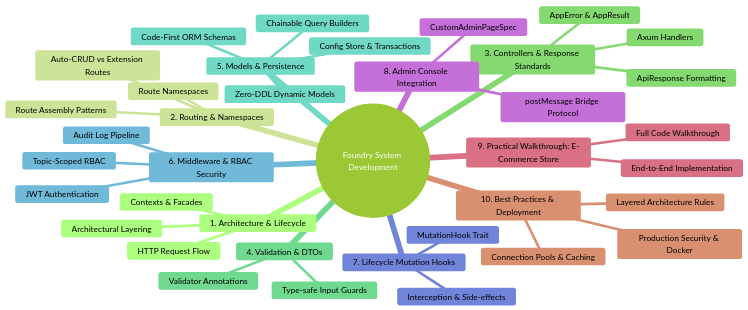
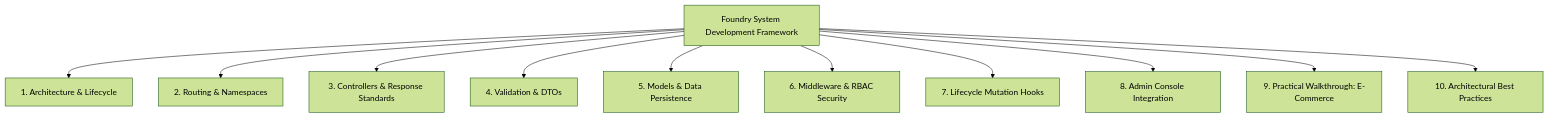
Before and after one commit to FoundKit/foundry: the first of 3 diagrams in docs/src/content/docs/guides/system-development.md, drawn with Mermaid (forest theme). The commit also changed other lines of this file and 22 other files, not shown here.

````diff
--- a/docs/src/content/docs/guides/system-development.md
+++ b/docs/src/content/docs/guides/system-development.md
@@ -16,41 +16,14 @@
 ```mermaid
-mindmap
-  root((Foundry System Development))
-    1. Architecture & Lifecycle
-      Architectural Layering
-      HTTP Request Flow
-      Contexts & Facades
-    2. Routing & Namespaces
-      Route Namespaces
-      Auto-CRUD vs Extension Routes
-      Route Assembly Patterns
-    3. Controllers & Response Standards
-      Axum Handlers
-      ApiResponse Formatting
-      AppError & AppResult
-    4. Validation & DTOs
-      Validator Annotations
-      Type-safe Input Guards
-    5. Models & Persistence
-      Code-First ORM Schemas
-      Chainable Query Builders
-      Zero-DDL Dynamic Models
-      Config Store & Transactions
-    6. Middleware & RBAC Security
-      JWT Authentication
-      Topic-Scoped RBAC
-      Audit Log Pipeline
-    7. Lifecycle Mutation Hooks
-      MutationHook Trait
-      Interception & Side-effects
-    8. Admin Console Integration
-      CustomAdminPageSpec
-      postMessage Bridge Protocol
-    9. Practical Walkthrough: E-Commerce Store
-      End-to-End Implementation
-      Full Code Walkthrough
-    10. Best Practices & Deployment
-      Layered Architecture Rules
-      Connection Pools & Caching
-      Production Security & Docker
+flowchart TD
+    Root["Foundry System Development Framework"]
+    Root --> C1["1. Architecture & Lifecycle"]
+    Root --> C2["2. Routing & Namespaces"]
+    Root --> C3["3. Controllers & Response Standards"]
+    Root --> C4["4. Validation & DTOs"]
+    Root --> C5["5. Models & Data Persistence"]
+    Root --> C6["6. Middleware & RBAC Security"]
+    Root --> C7["7. Lifecycle Mutation Hooks"]
+    Root --> C8["8. Admin Console Integration"]
+    Root --> C9["9. Practical Walkthrough: E-Commerce"]
+    Root --> C10["10. Architectural Best Practices"]
 ```
````
